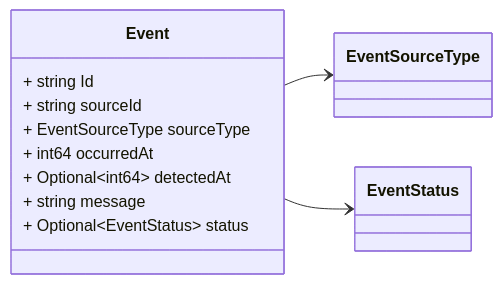
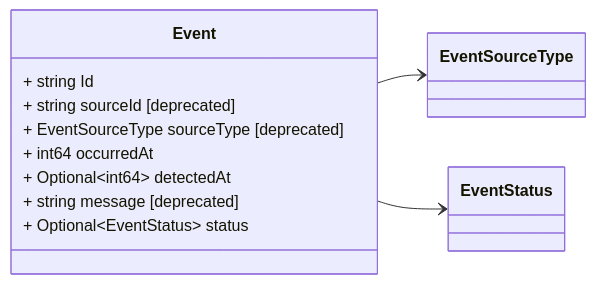
Before and after one commit to zaphiro-technologies/protobuf: the fourth of 4 diagrams in docs/data_format/grid/v1/event.proto.md, drawn with Mermaid. The commit also changed other lines of this file and 42 other files, not shown here.

````diff
--- a/docs/data_format/grid/v1/event.proto.md
+++ b/docs/data_format/grid/v1/event.proto.md
@@ -94,30 +150,30 @@
 ```mermaid
 classDiagram
 direction LR
 
 %% A generic event.
 %% Headers used in RabbitMQ:
 %% * `id` (string): id of the `Event`
 %% * `type` (string): always `Event` - used for routing.
 %% * `eventType` (string): the specific type of `Event`, this is required in
 %% addition to `type` for de-serialization of the messages.
 %% * `sourceId` (string): [DEPRECATED] use producerId. the id of the source (e.g. a PMU) that generated the event
 %% * `producerId` (string): the id of the producer (e.g. a PMU) that generated the event
 %% * `sourceType` (string): the Event source type
 %% event.
 %% * `timestampId` (int64): related measurement Unix msec timestamp (if any)
 %% 
 
 class Event {
   + string Id
-  + string sourceId
-  + EventSourceType sourceType
+  + string sourceId [deprecated]
+  + EventSourceType sourceType [deprecated]
   + int64 occurredAt
   + Optional~int64~ detectedAt
-  + string message
+  + string message [deprecated]
   + Optional~EventStatus~ status
 }
 Event --> `EventSourceType`
 Event --> `EventStatus`
 
 ```
````
